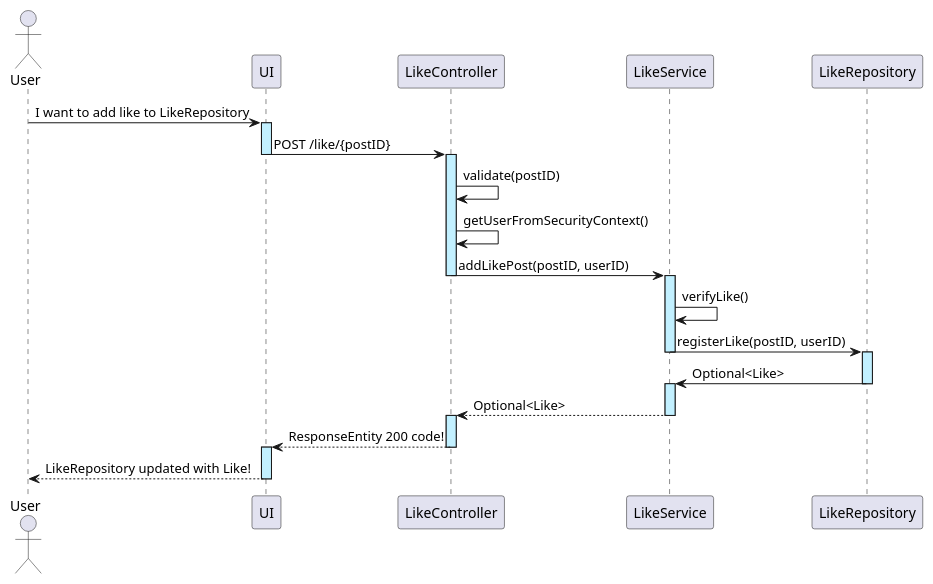
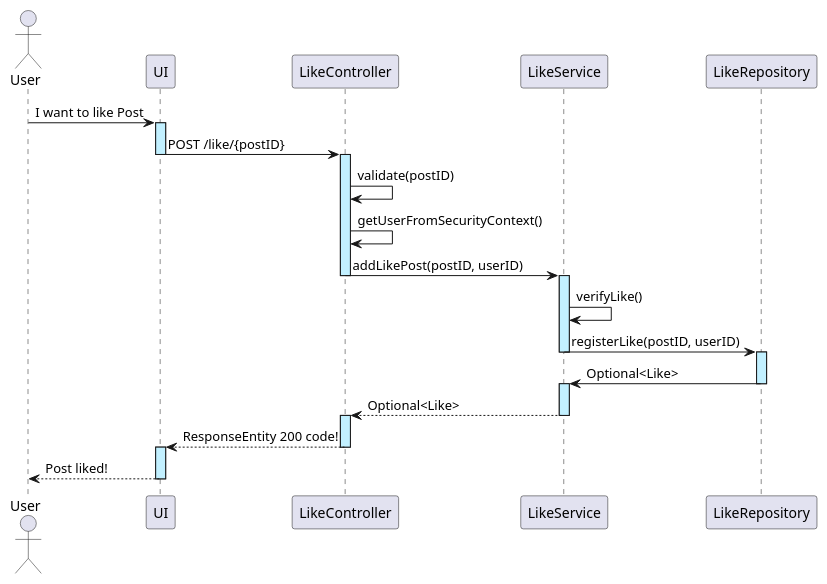
The diagram in Diagrams/US02/SD/US_02_addLike_SD.puml (implaymo/Social-Media-Platform), drawn with PlantUML before and after one commit.

Commit message:
Change wrong messages.

```diff
--- a/Diagrams/US02/SD/US_02_addLike_SD.puml
+++ b/Diagrams/US02/SD/US_02_addLike_SD.puml
@@ -1,19 +1,19 @@
 @startuml
 
 
 actor User
 
-User -> UI ++ #application: I want to add like to LikeRepository
+User -> UI ++ #application: I want to like Post
 UI -> LikeController --++ #application :  POST /like/{postID}
 LikeController -> LikeController #application: validate(postID)
 LikeController -> LikeController #application: getUserFromSecurityContext()
 LikeController -> LikeService --++ #application: addLikePost(postID, userID)
 LikeService -> LikeService: verifyLike()
 LikeService -> LikeRepository --++ #application: registerLike(postID, userID)
 LikeRepository -> LikeService --++ #application: Optional<Like>
 LikeService --> LikeController --++ #application: Optional<Like>
 LikeController --> UI --++ #application: ResponseEntity 200 code!
-UI --> User -- #application: LikeRepository updated with Like!
+UI --> User -- #application: Post liked!
 
 
 @enduml
```
